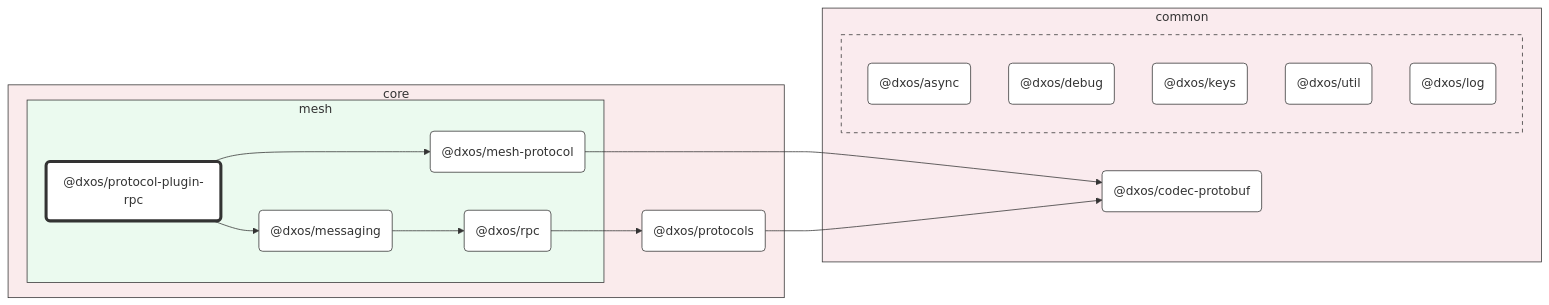
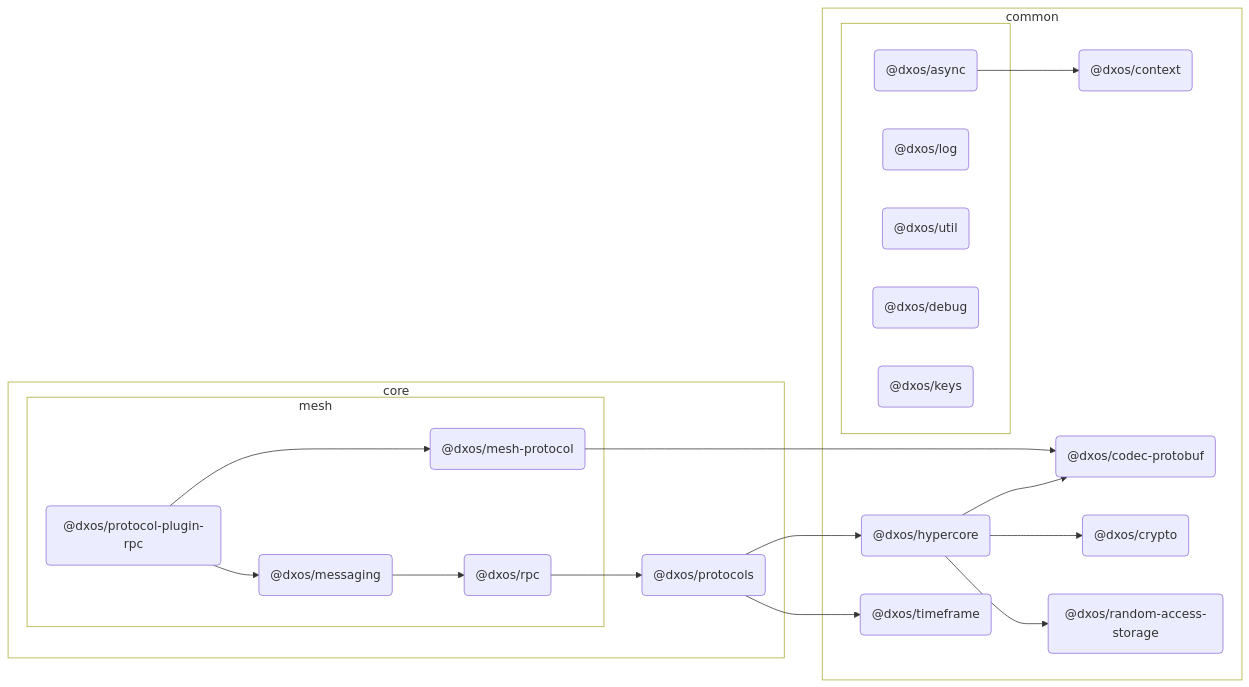
Before and after one commit to dxos/dxos: the diagram in packages/core/mesh/protocol-plugin-rpc/docs/README.md, drawn with Mermaid. The commit also changed other lines of this file and 127 other files, not shown here.

````diff
--- a/packages/core/mesh/protocol-plugin-rpc/docs/README.md
+++ b/packages/core/mesh/protocol-plugin-rpc/docs/README.md
@@ -7,58 +7,72 @@
 ```mermaid
 %%{ init: {'flowchart':{'curve':'basis'}} }%%
 
 flowchart LR
 
 %% Classes
-classDef def fill:#fff,stroke:#333,stroke-width:1px
-classDef root fill:#fff,stroke:#333,stroke-width:4px
+
+
 
 %% Nodes
 
 subgraph core [core]
-  style core fill:#faebec,stroke:#333
+  style core fill:transparent
   dxos/protocols("@dxos/protocols"):::def
   click dxos/protocols "dxos/dxos/tree/main/packages/core/protocols/docs"
 
   subgraph mesh [mesh]
-    style mesh fill:#ebfaef,stroke:#333
+    style mesh fill:transparent
     dxos/protocol-plugin-rpc("@dxos/protocol-plugin-rpc"):::root
     click dxos/protocol-plugin-rpc "dxos/dxos/tree/main/packages/core/mesh/protocol-plugin-rpc/docs"
     dxos/mesh-protocol("@dxos/mesh-protocol"):::def
     click dxos/mesh-protocol "dxos/dxos/tree/main/packages/core/mesh/mesh-protocol/docs"
     dxos/messaging("@dxos/messaging"):::def
     click dxos/messaging "dxos/dxos/tree/main/packages/core/mesh/messaging/docs"
     dxos/rpc("@dxos/rpc"):::def
     click dxos/rpc "dxos/dxos/tree/main/packages/core/mesh/rpc/docs"
   end
 end
 
 subgraph common [common]
-  style common fill:#faebee,stroke:#333
+  style common fill:transparent
+  dxos/context("@dxos/context"):::def
+  click dxos/context "dxos/dxos/tree/main/packages/common/context/docs"
   dxos/codec-protobuf("@dxos/codec-protobuf"):::def
   click dxos/codec-protobuf "dxos/dxos/tree/main/packages/common/codec-protobuf/docs"
+  dxos/hypercore("@dxos/hypercore"):::def
+  click dxos/hypercore "dxos/dxos/tree/main/packages/common/hypercore/docs"
+  dxos/crypto("@dxos/crypto"):::def
+  click dxos/crypto "dxos/dxos/tree/main/packages/common/crypto/docs"
+  dxos/random-access-storage("@dxos/random-access-storage"):::def
+  click dxos/random-access-storage "dxos/dxos/tree/main/packages/common/random-access-storage/docs"
+  dxos/timeframe("@dxos/timeframe"):::def
+  click dxos/timeframe "dxos/dxos/tree/main/packages/common/timeframe/docs"
 
   subgraph _ [ ]
-    style _ fill:#faebee,stroke:#333,stroke-dasharray:5 5
+    style _ fill:transparent
     dxos/async("@dxos/async"):::def
     click dxos/async "dxos/dxos/tree/main/packages/common/async/docs"
+    dxos/log("@dxos/log"):::def
+    click dxos/log "dxos/dxos/tree/main/packages/common/log/docs"
+    dxos/util("@dxos/util"):::def
+    click dxos/util "dxos/dxos/tree/main/packages/common/util/docs"
     dxos/debug("@dxos/debug"):::def
     click dxos/debug "dxos/dxos/tree/main/packages/common/debug/docs"
     dxos/keys("@dxos/keys"):::def
     click dxos/keys "dxos/dxos/tree/main/packages/common/keys/docs"
-    dxos/util("@dxos/util"):::def
-    click dxos/util "dxos/dxos/tree/main/packages/common/util/docs"
-    dxos/log("@dxos/log"):::def
-    click dxos/log "dxos/dxos/tree/main/packages/common/log/docs"
   end
 end
 
 %% Links
-linkStyle default stroke:#333,stroke-width:1px
+dxos/async --> dxos/context
 dxos/protocol-plugin-rpc --> dxos/mesh-protocol
 dxos/mesh-protocol --> dxos/codec-protobuf
 dxos/protocol-plugin-rpc --> dxos/messaging
-dxos/protocols --> dxos/codec-protobuf
+dxos/protocols --> dxos/hypercore
+dxos/hypercore --> dxos/codec-protobuf
+dxos/hypercore --> dxos/crypto
+dxos/hypercore --> dxos/random-access-storage
+dxos/protocols --> dxos/timeframe
 dxos/messaging --> dxos/rpc
 dxos/rpc --> dxos/protocols
 ```
````
